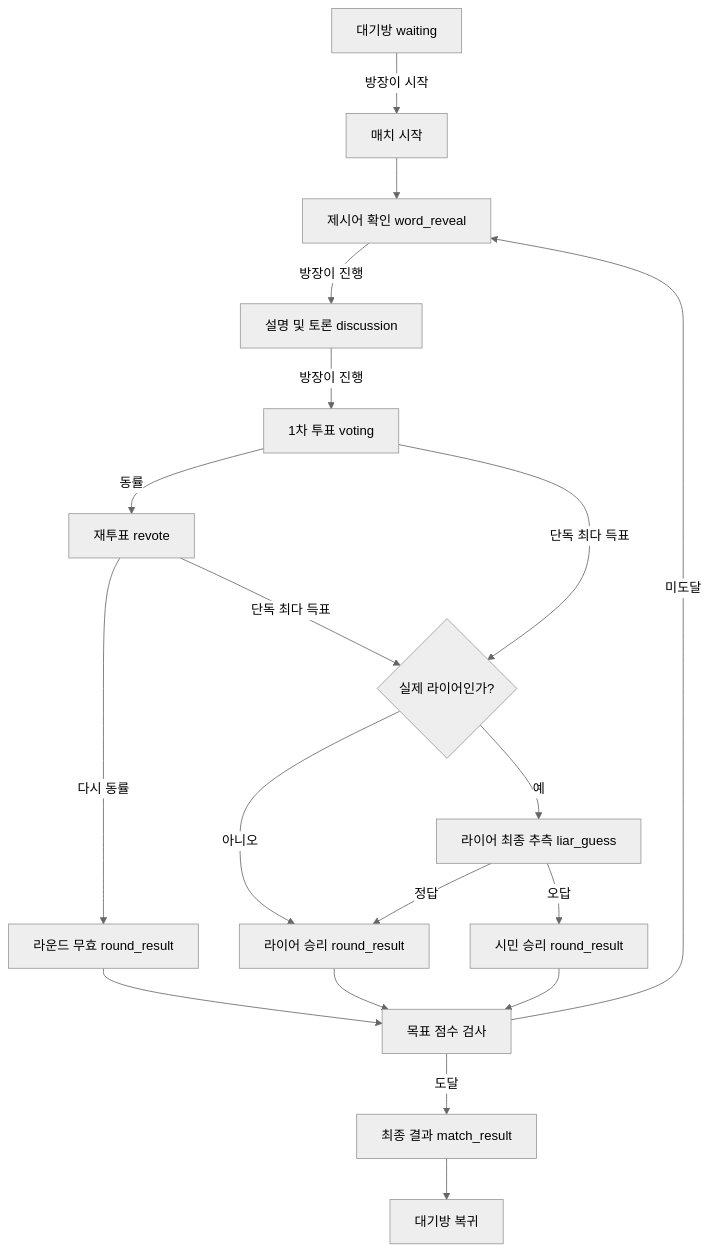
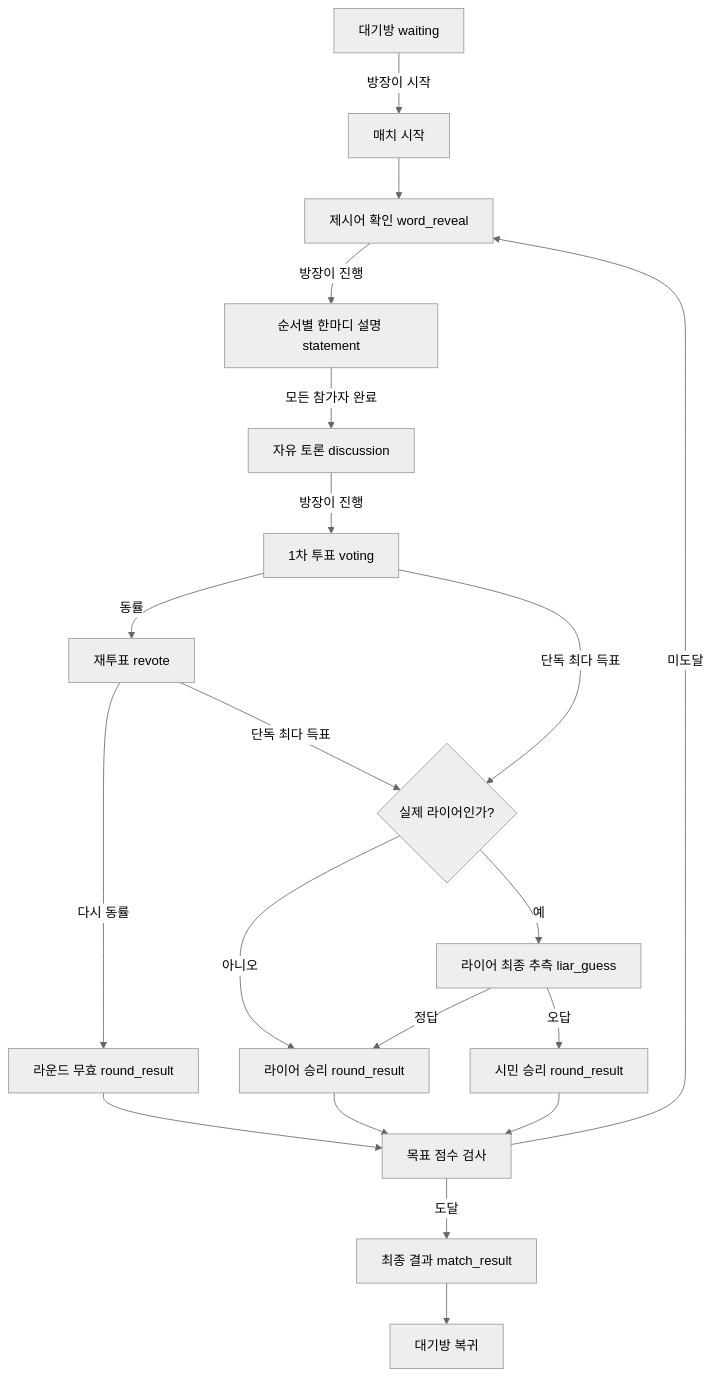
The diagram in game01/docs/liar-game-spec.md (we5046/minigamebox), drawn with Mermaid (neutral theme) before and after one commit. The commit also changed other lines of this file and 6 other files, not shown here.

````diff
--- a/game01/docs/liar-game-spec.md
+++ b/game01/docs/liar-game-spec.md
@@ -117,21 +118,22 @@
 ```mermaid
 flowchart TD
   A[대기방 waiting] -->|방장이 시작| B[매치 시작]
   B --> C[제시어 확인 word_reveal]
-  C -->|방장이 진행| D[설명 및 토론 discussion]
-  D -->|방장이 진행| E[1차 투표 voting]
-  E -->|동률| F[재투표 revote]
-  E -->|단독 최다 득표| G{실제 라이어인가?}
-  F -->|다시 동률| H[라운드 무효 round_result]
-  F -->|단독 최다 득표| G
-  G -->|아니오| I[라이어 승리 round_result]
-  G -->|예| J[라이어 최종 추측 liar_guess]
-  J -->|정답| I
-  J -->|오답| K[시민 승리 round_result]
-  H --> L[목표 점수 검사]
-  I --> L
-  K --> L
-  L -->|미도달| C
-  L -->|도달| M[최종 결과 match_result]
-  M --> N[대기방 복귀]
+  C -->|방장이 진행| D[순서별 한마디 설명 statement]
+  D -->|모든 참가자 완료| E[자유 토론 discussion]
+  E -->|방장이 진행| F[1차 투표 voting]
+  F -->|동률| G[재투표 revote]
+  F -->|단독 최다 득표| H{실제 라이어인가?}
+  G -->|다시 동률| I[라운드 무효 round_result]
+  G -->|단독 최다 득표| H
+  H -->|아니오| J[라이어 승리 round_result]
+  H -->|예| K[라이어 최종 추측 liar_guess]
+  K -->|정답| J
+  K -->|오답| L[시민 승리 round_result]
+  I --> M[목표 점수 검사]
+  J --> M
+  L --> M
+  M -->|미도달| C
+  M -->|도달| N[최종 결과 match_result]
+  N --> O[대기방 복귀]
 ```
````
